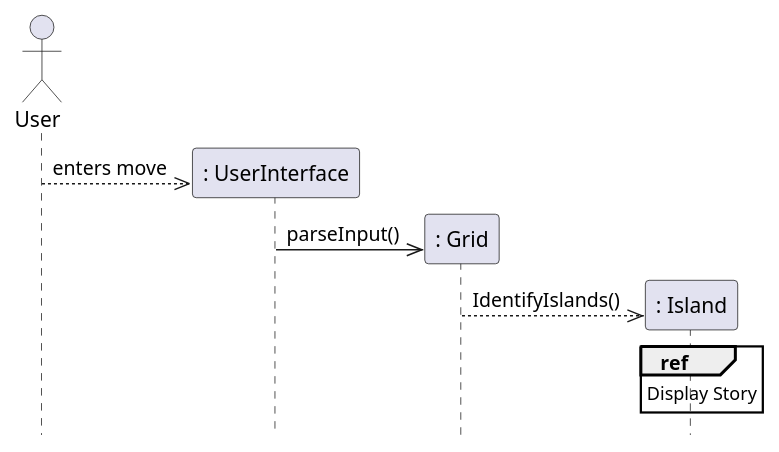
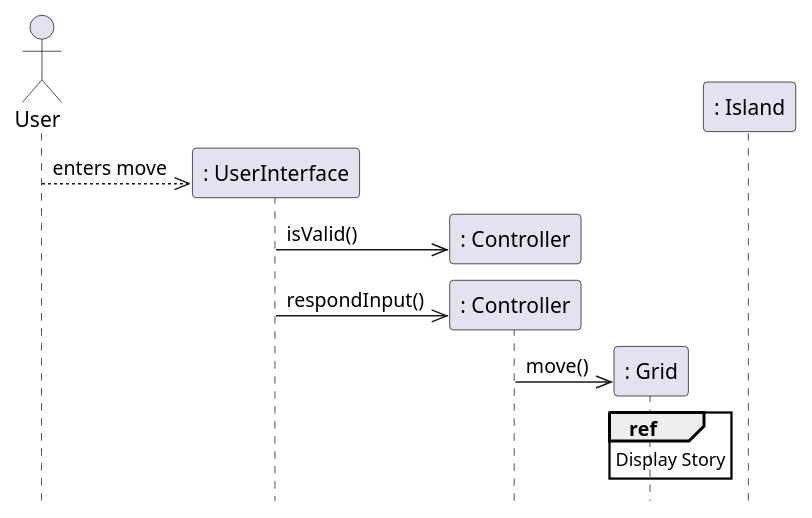
Before and after one commit to emutchek/MaraudersAtSea: the second of 3 diagrams in CMPU_203_PirateGame/doc/design.md, drawn with PlantUML. The commit also changed 2 other files, not shown here.

Commit message:
edited resource area

````diff
--- a/CMPU_203_PirateGame/doc/design.md
+++ b/CMPU_203_PirateGame/doc/design.md
@@ -77,15 +77,17 @@
 ```PlantUML
 @startuml
 hide footbox
 actor User as user
-participant ": UserInterface" as game
+participant ": UserInterface" as UI
+participant ": Controller" as controller
 participant ": Grid" as grid
 participant ": Island" as island
-user -->> game **: enters move
-game ->> grid **: parseInput()
-grid -->> island **: IdentifyIslands()
-ref over island
+user -->> UI **: enters move
+UI ->> controller **: isValid()
+UI ->> controller **: respondInput()
+controller ->> grid **: move()
+ref over grid
 Display Story
 endref
 @enduml
 ```
````
